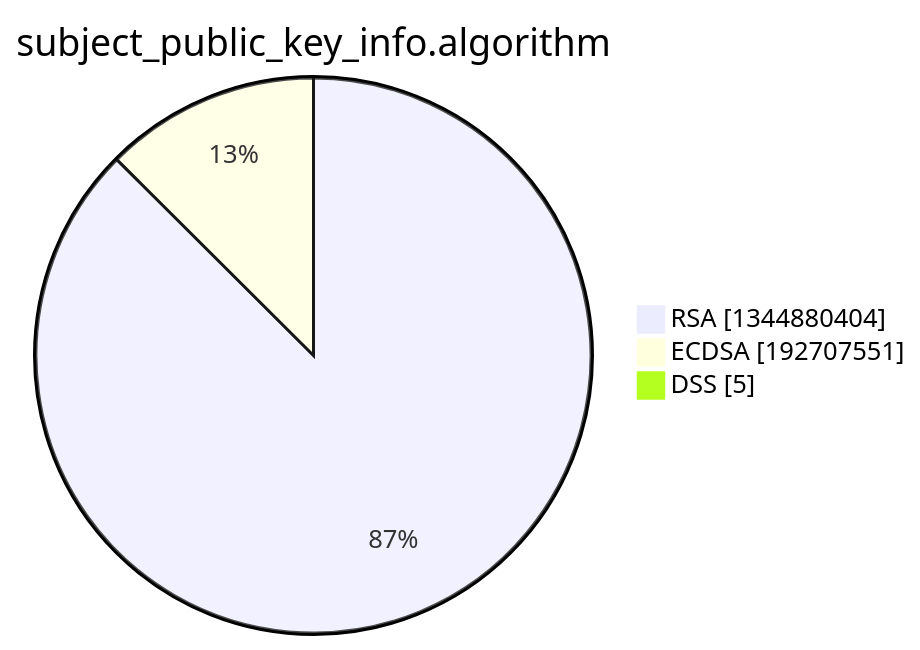
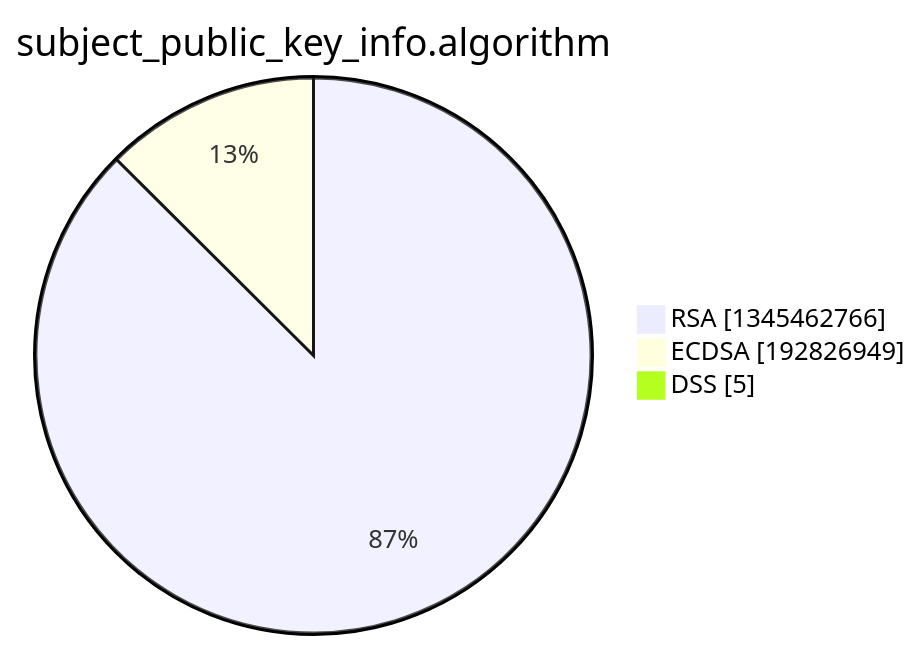
One commit to christiankrug/ctmonitor_visualization changed the third of 15 diagrams in xenon2022/README.md. Above: the diagram before and after it, drawn with Mermaid. The commit also changed other lines of this file, not shown here.

````diff
--- a/xenon2022/README.md
+++ b/xenon2022/README.md
@@ -14,7 +14,7 @@
 ```mermaid
 pie showData
 title subject_public_key_info.algorithm
-"RSA" :1344880404
-"ECDSA" :192707551
+"RSA" :1345462766
+"ECDSA" :192826949
 "DSS" :5
 ```
````
